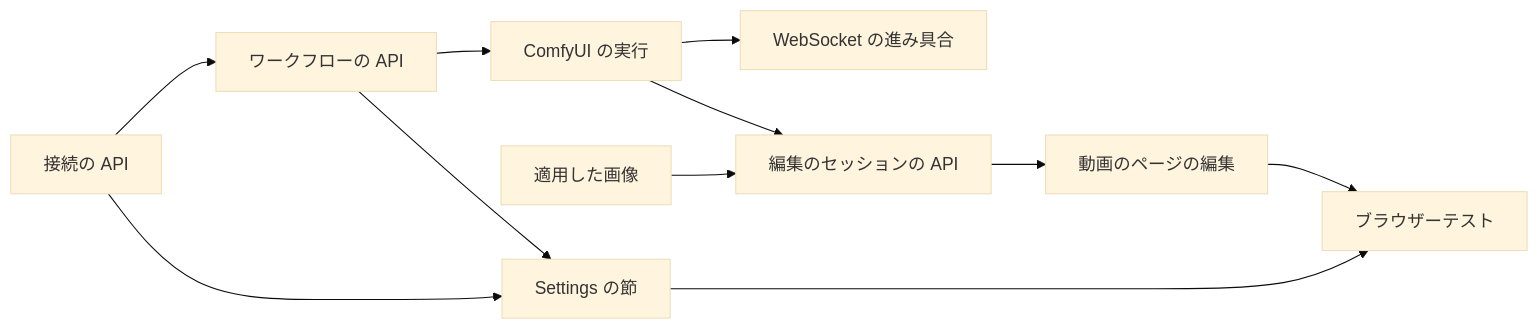
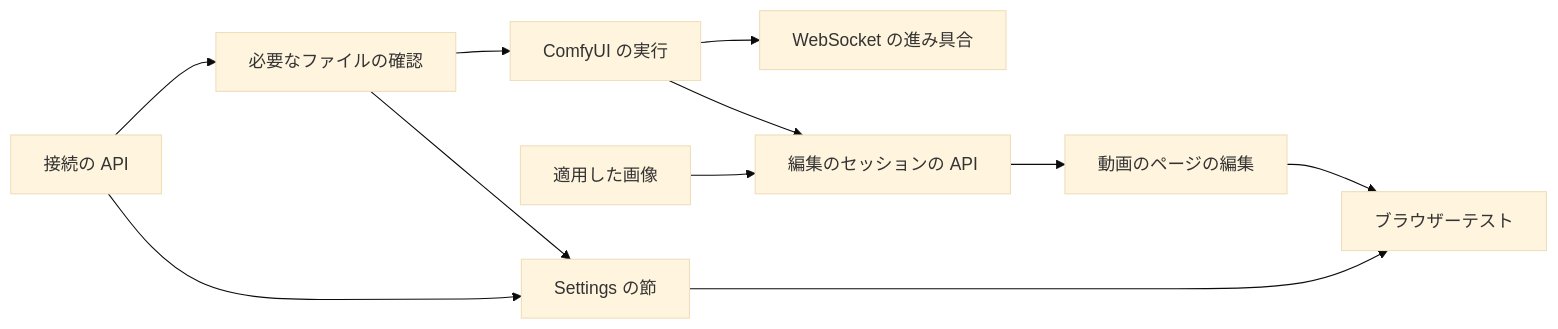
The second of 2 diagrams in translations/ja/specs/045-comfyui-thumbnails/plan.md (syudead/vv), drawn with Mermaid (base theme) before and after one commit. The commit also changed other lines of this file and 5 other files, not shown here.

````diff
--- a/translations/ja/specs/045-comfyui-thumbnails/plan.md
+++ b/translations/ja/specs/045-comfyui-thumbnails/plan.md
@@ -131,13 +136,13 @@
 ```mermaid
 flowchart LR
-  conn[接続の API] --> wf[ワークフローの API]
+  conn[接続の API] --> files[必要なファイルの確認]
   conn --> settings[Settings の節]
-  wf --> settings
-  wf --> run[ComfyUI の実行]
+  files --> settings
+  files --> run[ComfyUI の実行]
   run --> ws[WebSocket の進み具合]
   image[適用した画像] --> edits[編集のセッションの API]
   run --> edits
   edits --> page[動画のページの編集]
   settings --> e2e[ブラウザーテスト]
   page --> e2e
 ```
````
